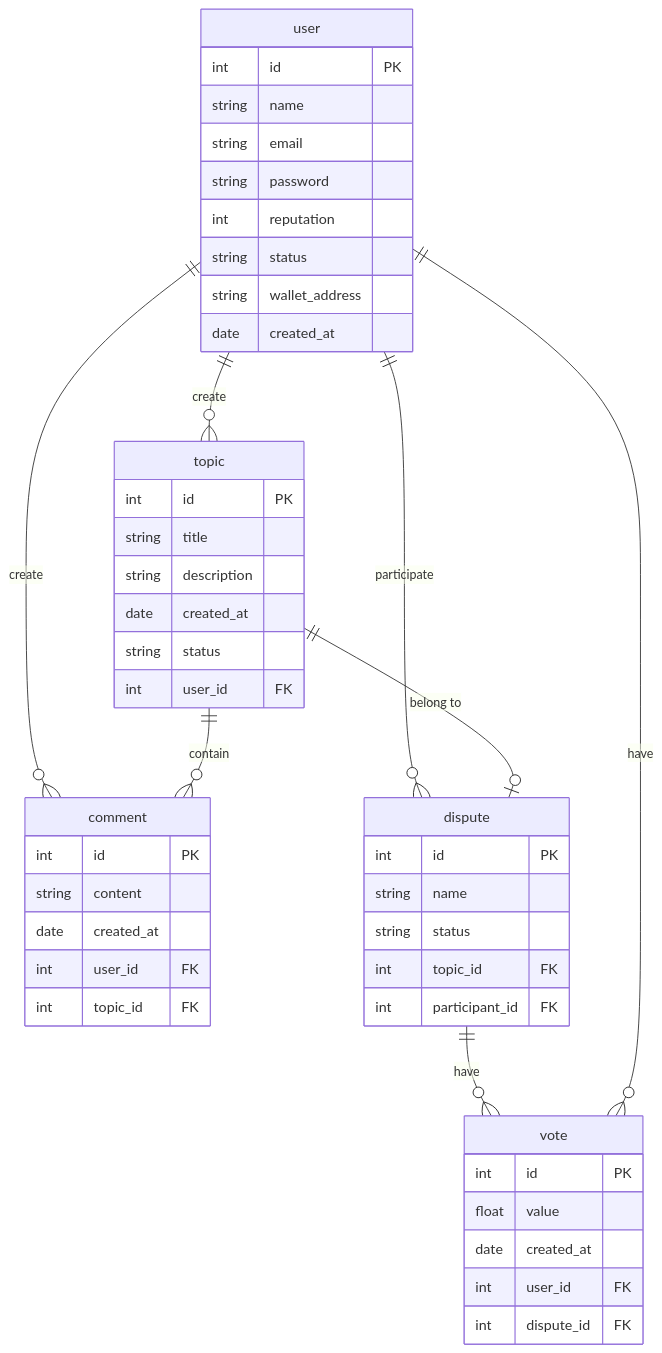
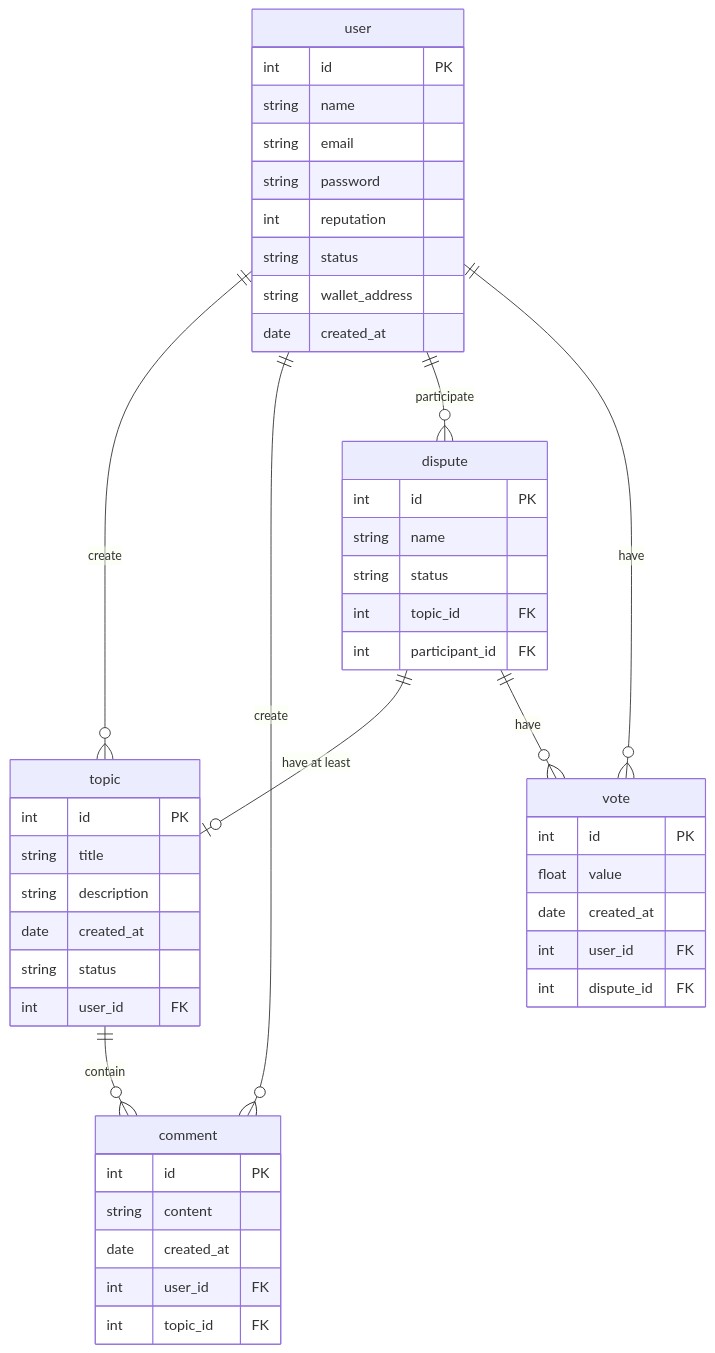
The diagram in notes/ERD.md (doyouwantto2/prototype), drawn with Mermaid before and after one commit.

Commit message:
fix: dispute -> topic rather than topic -> dispute

````diff
--- a/notes/ERD.md
+++ b/notes/ERD.md
@@ -1,54 +1,54 @@
 ```mermaid
 erDiagram
     user ||--o{ topic : create
     user ||--o{ comment : create
     topic ||--o{ comment : contain
     user ||--o{ dispute : participate
-    topic ||--o| dispute : "belong to"
+    dispute ||--o| topic : "have at least"
     dispute ||--o{ vote : have
     user ||--o{ vote : have
 
     user {
         int id PK
         string name
         string email
         string password
         int reputation
         string status
         string wallet_address
         date created_at
     }
 
     topic {
         int id PK
         string title
         string description
         date created_at
         string status
         int user_id FK
     }
 
     comment {
         int id PK
         string content
         date created_at
         int user_id FK
         int topic_id FK
     }
 
     dispute {
         int id PK
         string name
         string status
         int topic_id FK
         int participant_id FK
     }
 
     vote {
         int id PK
         float value
         date created_at
         int user_id FK
         int dispute_id FK
     }
 ```
````
